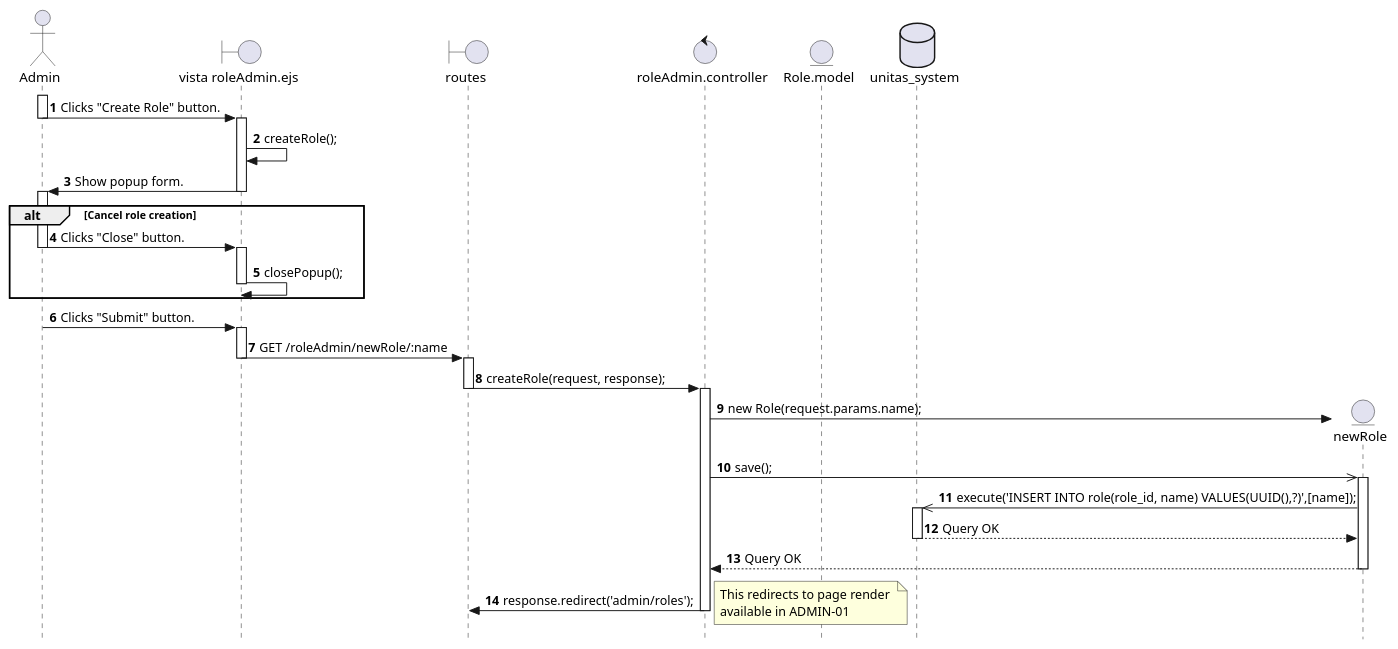
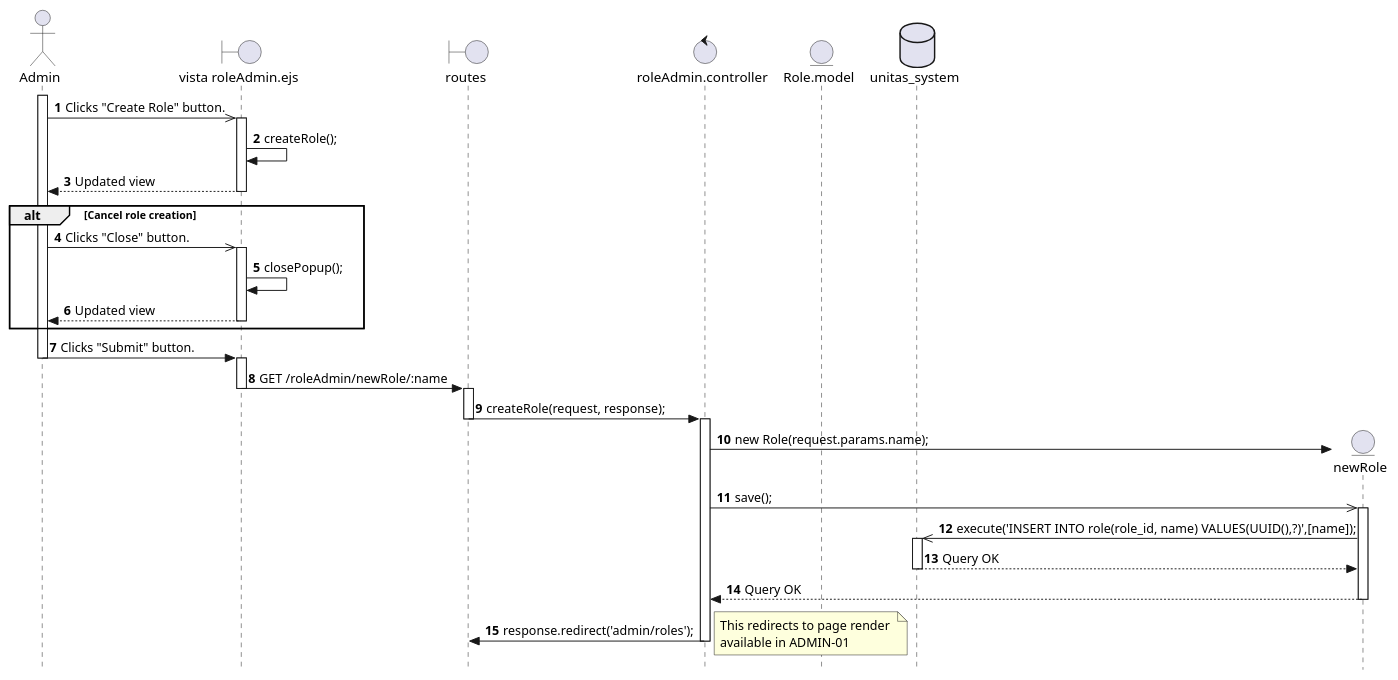
The diagram in documentation/sequence_diagrams/ADMIN-02-SD.puml (Berthou05/LimboSoftwareDevelopment_Change.org), drawn with PlantUML before and after one commit. The commit also changed 17 other files, not shown here.

Commit message:
[DOCS]: Update of the Sequence Diagrams ADMIN-02, 03, 04, AUTH-01, EMP-01, EMP-05, HS-01, PROJ-02, 03, 07, 09, 10, 11, 13, TEAM-03, 05, 06

```diff
--- a/documentation/sequence_diagrams/ADMIN-02-SD.puml
+++ b/documentation/sequence_diagrams/ADMIN-02-SD.puml
@@ -1,56 +1,53 @@
 @startuml
 skinparam style strictuml
 
 actor Admin as A   
 boundary "vista roleAdmin.ejs" as V
 boundary "routes" as RO
 control "roleAdmin.controller" as C
 entity "Role.model" as R
 database "unitas_system" as BD
 autonumber
 
 activate A
-A -> V: Clicks "Create Role" button.
-deactivate A
+A ->> V: Clicks "Create Role" button.
     activate V
     V->V:createRole();
-    V -> A: Show popup form.
+    V--> A: Updated view
     deactivate V
 
 alt Cancel role creation
-activate A
-A->V: Clicks "Close" button.
-deactivate A
+A->>V: Clicks "Close" button.
     activate V
     V->V:closePopup();
+    V--> A: Updated view
     deactivate V
 end
 
-activate A
 A->V: Clicks "Submit" button.
 deactivate A
     activate V
     V->RO: GET /roleAdmin/newRole/:name
     deactivate V
         activate RO
         RO -> C: createRole(request, response);
         deactivate RO
             activate C
             create entity newRole as Role
             C->Role**:new Role(request.params.name);
             C->>Role: save();
                 activate Role
                 Role->>BD: execute('INSERT INTO role(role_id, name) VALUES(UUID(),?)',[name]);
                     activate BD
                     BD-->Role: Query OK
                     deactivate BD
                 Role-->C: Query OK
                 deactivate Role
             C->RO:response.redirect('admin/roles');
             deactivate C
             note right
             This redirects to page render 
             available in ADMIN-01
             end note
             
 @enduml
```
